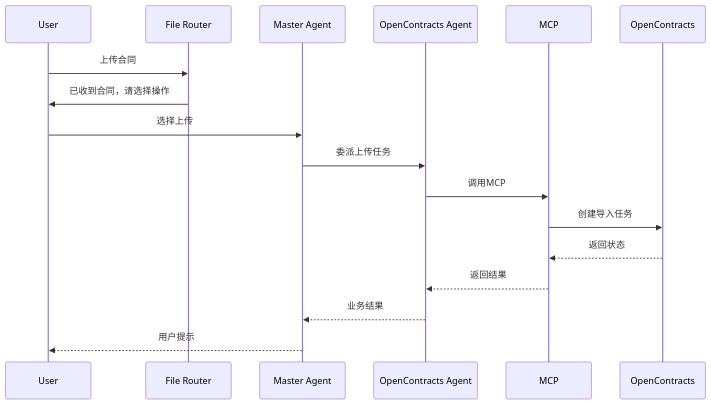
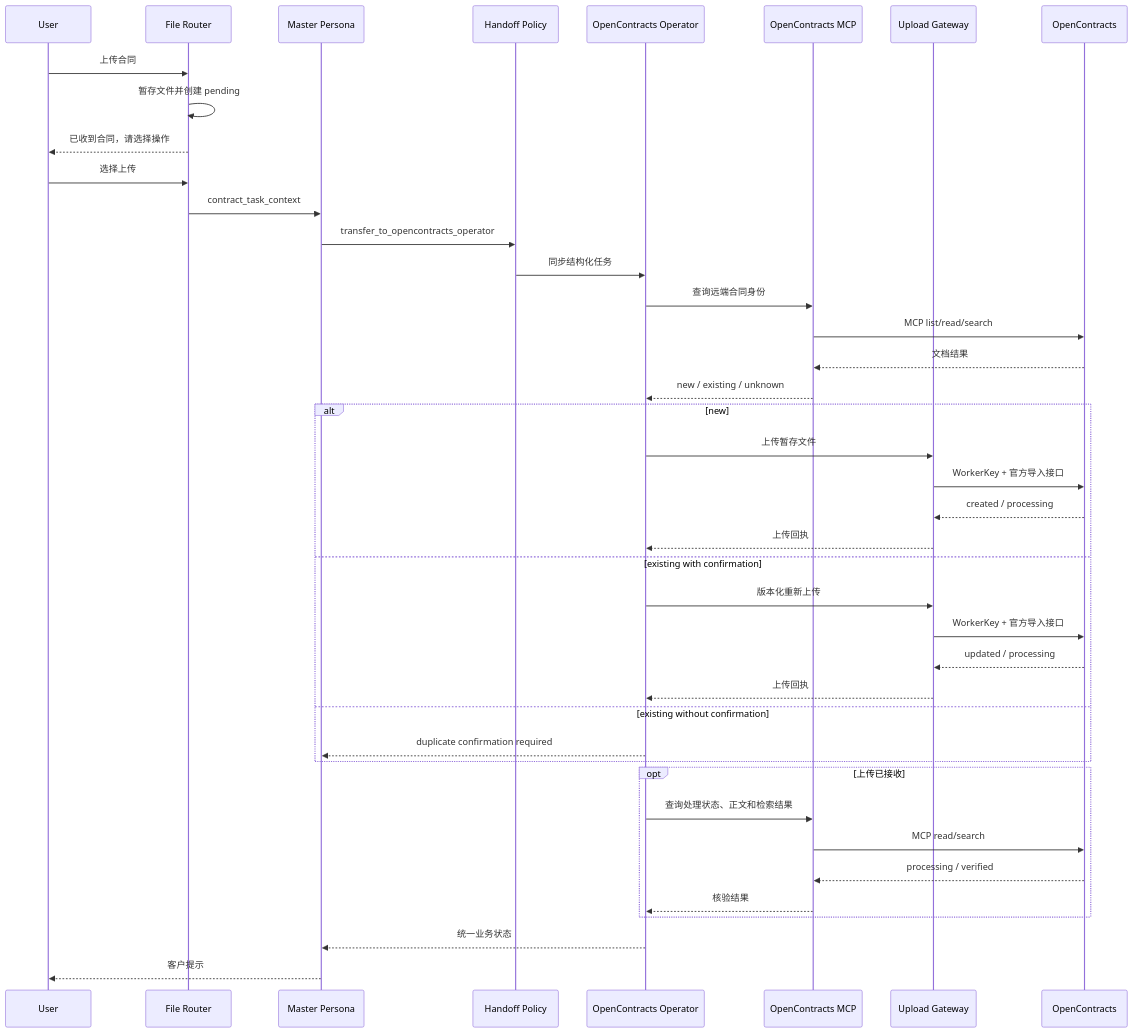
One commit to Ri0n72Y/ContractBotConfig changed the diagram in docs/uml/upload-flow.md. Above: the diagram before and after it, drawn with Mermaid. The commit also changed other lines of this file, not shown here.

Commit message:
docs(uml): separate MCP read from WorkerKey upload

````diff
--- a/docs/uml/upload-flow.md
+++ b/docs/uml/upload-flow.md
@@ -3,20 +3,47 @@
 ```mermaid
 sequenceDiagram
     participant U as User
     participant R as File Router
-    participant A as Master Agent
-    participant O as OpenContracts Agent
-    participant M as MCP
+    participant A as Master Persona
+    participant H as Handoff Policy
+    participant O as OpenContracts Operator
+    participant M as OpenContracts MCP
+    participant G as Upload Gateway
     participant C as OpenContracts
 
     U->>R: 上传合同
-    R->>U: 已收到合同，请选择操作
-    U->>A: 选择上传
-    A->>O: 委派上传任务
-    O->>M: 调用MCP
-    M->>C: 创建导入任务
-    C-->>M: 返回状态
-    M-->>O: 返回结果
-    O-->>A: 业务结果
-    A-->>U: 用户提示
+    R->>R: 暂存文件并创建 pending
+    R-->>U: 已收到合同，请选择操作
+    U->>R: 选择上传
+    R->>A: contract_task_context
+    A->>H: transfer_to_opencontracts_operator
+    H->>O: 同步结构化任务
+    O->>M: 查询远端合同身份
+    M->>C: MCP list/read/search
+    C-->>M: 文档结果
+    M-->>O: new / existing / unknown
+
+    alt new
+        O->>G: 上传暂存文件
+        G->>C: WorkerKey + 官方导入接口
+        C-->>G: created / processing
+        G-->>O: 上传回执
+    else existing with confirmation
+        O->>G: 版本化重新上传
+        G->>C: WorkerKey + 官方导入接口
+        C-->>G: updated / processing
+        G-->>O: 上传回执
+    else existing without confirmation
+        O-->>A: duplicate confirmation required
+    end
+
+    opt 上传已接收
+        O->>M: 查询处理状态、正文和检索结果
+        M->>C: MCP read/search
+        C-->>M: processing / verified
+        M-->>O: 核验结果
+    end
+
+    O-->>A: 统一业务状态
+    A-->>U: 客户提示
 ```
````
